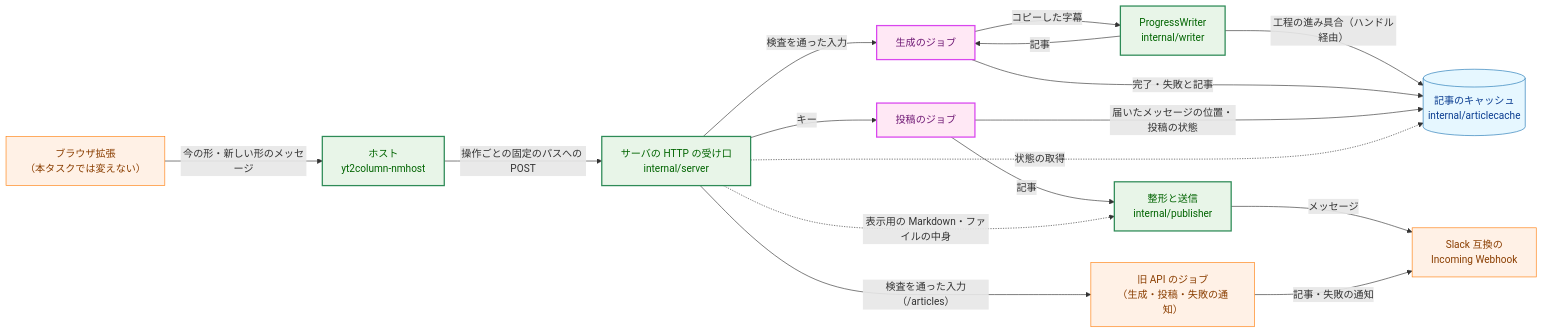
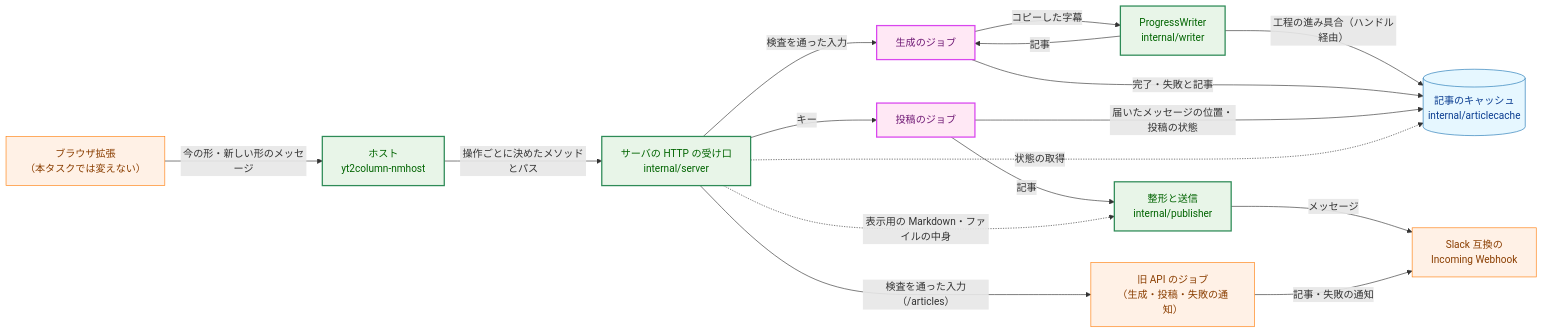
Before and after one commit to isseis/yt2column: the first of 15 diagrams in docs/tasks/0044_article_job_api/02_architecture.md, drawn with Mermaid. The commit also changed other lines of this file, not shown here.

````diff
--- a/docs/tasks/0044_article_job_api/02_architecture.md
+++ b/docs/tasks/0044_article_job_api/02_architecture.md
@@ -45,39 +45,39 @@
 ```mermaid
 flowchart LR
     classDef data fill:#e6f7ff,stroke:#1f77b4,stroke-width:1px,color:#0b3d91;
     classDef process fill:#fff1e6,stroke:#ff7f0e,stroke-width:1px,color:#8a3e00;
     classDef enhanced fill:#e8f5e8,stroke:#2e8b57,stroke-width:2px,color:#006400;
     classDef newpkg fill:#ffe8f5,stroke:#d946ef,stroke-width:2px,color:#701a75;
 
     EXT["ブラウザ拡張<br>（本タスクでは変えない）"]
     HOST["ホスト<br>yt2column-nmhost"]
     SRV["サーバの HTTP の受け口<br>internal/server"]
     GEN["生成のジョブ"]
     PUBJOB["投稿のジョブ"]
     LEGACY["旧 API のジョブ<br>（生成・投稿・失敗の通知）"]
     CACHE[("記事のキャッシュ<br>internal/articlecache")]
     WRITER["ProgressWriter<br>internal/writer"]
     RENDER["整形と送信<br>internal/publisher"]
     SLACK["Slack 互換の<br>Incoming Webhook"]
 
     EXT -->|"今の形・新しい形のメッセージ"| HOST
-    HOST -->|"操作ごとの固定のパスへの POST"| SRV
+    HOST -->|"操作ごとに決めたメソッドとパス"| SRV
     SRV -->|"検査を通った入力"| GEN
     SRV -->|"キー"| PUBJOB
     SRV -->|"検査を通った入力（/articles）"| LEGACY
     GEN -->|"コピーした字幕"| WRITER
     WRITER -->|"記事"| GEN
     WRITER -->|"工程の進み具合（ハンドル経由）"| CACHE
     GEN -->|"完了・失敗と記事"| CACHE
     PUBJOB -->|"届いたメッセージの位置・投稿の状態"| CACHE
     PUBJOB -->|"記事"| RENDER
     RENDER -->|"メッセージ"| SLACK
     LEGACY -->|"記事・失敗の通知"| SLACK
     SRV -.->|"状態の取得"| CACHE
     SRV -.->|"表示用の Markdown・ファイルの中身"| RENDER
 
     class CACHE data
     class EXT,LEGACY,SLACK process
     class HOST,SRV,WRITER,RENDER enhanced
     class GEN,PUBJOB newpkg
 ```
````
